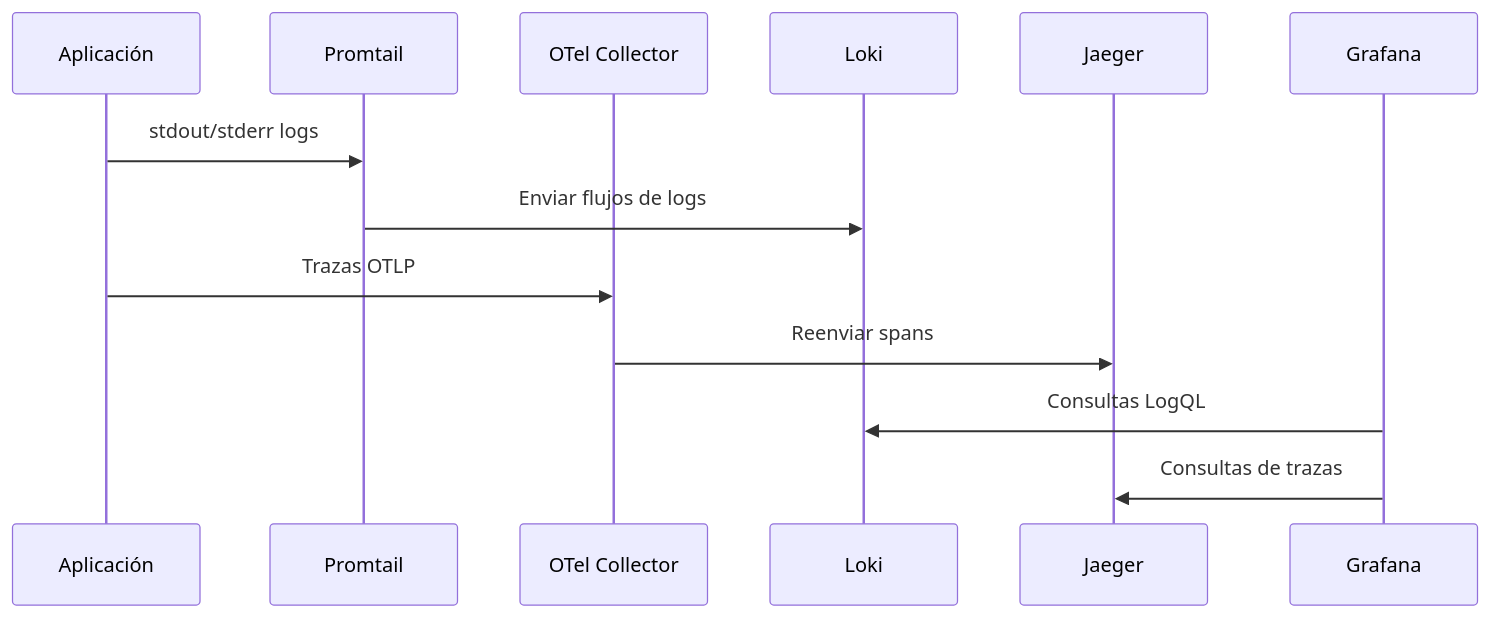
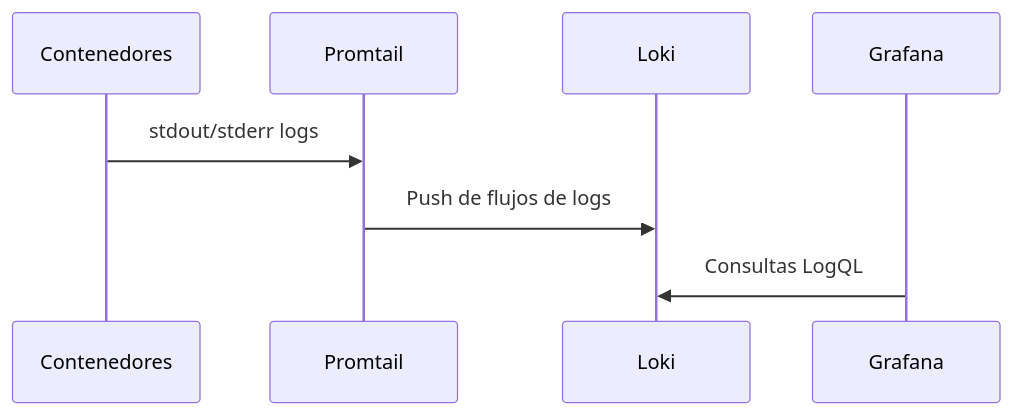
One commit to Rafael2712/rhinometric-overview changed the fourth of 4 diagrams in ARCHITECTURE_ES.md. Above: the diagram before and after it, drawn with Mermaid. The commit also changed other lines of this file and 9 other files, not shown here.

````diff
--- a/ARCHITECTURE_ES.md
+++ b/ARCHITECTURE_ES.md
@@ -159,16 +162,11 @@
 ```mermaid
 sequenceDiagram
-    participant App as Aplicación
+    participant App as Contenedores
     participant PT as Promtail
-    participant OTel as OTel Collector
     participant Loki as Loki
-    participant Jaeger as Jaeger
     participant G as Grafana
-    
+
     App->>PT: stdout/stderr logs
-    PT->>Loki: Enviar flujos de logs
-    App->>OTel: Trazas OTLP
-    OTel->>Jaeger: Reenviar spans
+    PT->>Loki: Push de flujos de logs
     G->>Loki: Consultas LogQL
-    G->>Jaeger: Consultas de trazas
 ```
````
